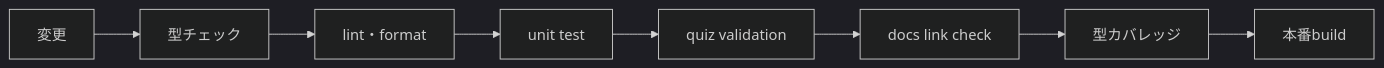
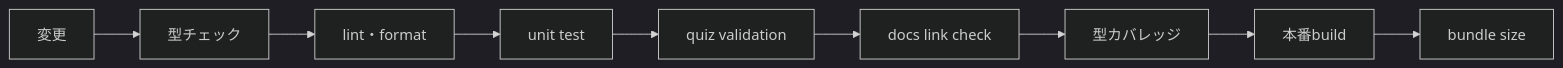
The diagram in docs/QUALITY_OPERATIONS.md (ip-san/codex-quiz), drawn with Mermaid (dark theme) before and after one commit. The commit also changed other lines of this file and 3 other files, not shown here.

Commit message:
Enforce production bundle size limits

````diff
--- a/docs/QUALITY_OPERATIONS.md
+++ b/docs/QUALITY_OPERATIONS.md
@@ -7,10 +11,11 @@
 ```mermaid
 flowchart LR
   C[変更] --> T[型チェック]
   T --> L[lint・format]
   L --> U[unit test]
   U --> Q[quiz validation]
   Q --> D[docs link check]
   D --> V[型カバレッジ]
   V --> B[本番build]
+  B --> S[bundle size]
 ```
````
